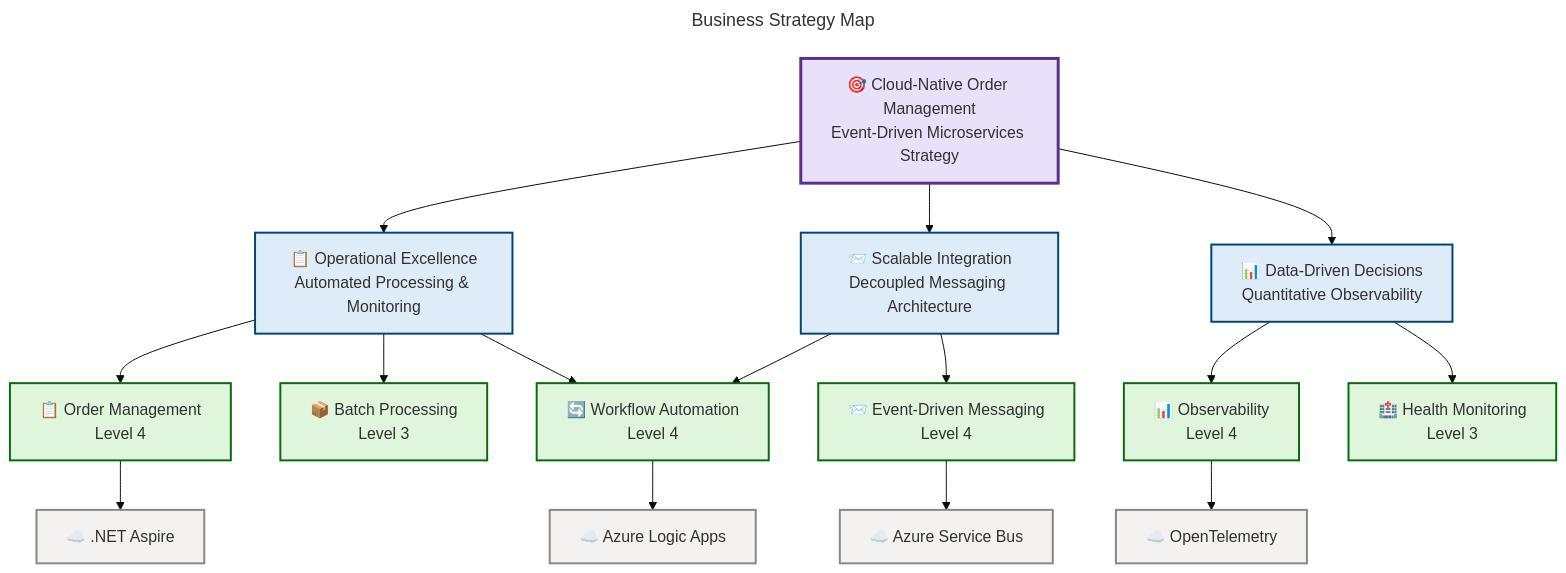
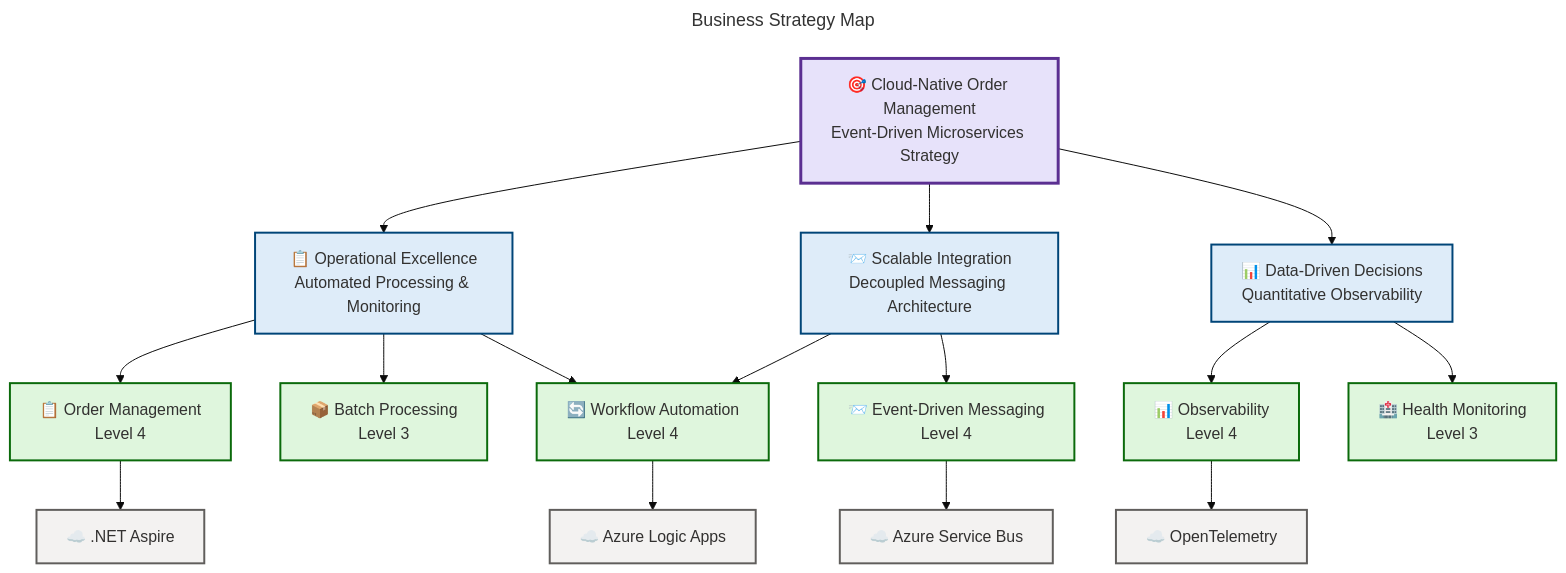
The first of 13 diagrams in docs/architecture/Business-Layer-Architecture.md (Evilazaro/Azure-LogicApps-Monitoring), drawn with Mermaid before and after one commit. The commit also changed other lines of this file and 3 other files, not shown here.

Commit message:
docs: update neutral grey color definitions in architecture diagrams for improved consistency

````diff
--- a/docs/architecture/Business-Layer-Architecture.md
+++ b/docs/architecture/Business-Layer-Architecture.md
@@ -53,63 +53,63 @@
 ```mermaid
 ---
 title: "Business Strategy Map"
 config:
   theme: base
   themeVariables:
     fontSize: '16px'
 ---
 graph TB
     accTitle: Business Strategy Map
     accDescr: Shows strategic alignment from business vision through strategic pillars to enabling capabilities and supporting technologies
 
     %% ═══════════════════════════════════════════════════════════════
     %% AZURE / FLUENT ARCHITECTURE PATTERN v1.1
     %% Generated: 2026-02-18T10:30:00Z
     %% Layer: Business
     %% Components: 12
     %% Semantic classes: 4/5 used (vision, pillar, capability, tech)
     %% ═══════════════════════════════════════════════════════════════
 
     vision["🎯 Cloud-Native Order Management<br/>Event-Driven Microservices Strategy"]
 
     pillar1["📋 Operational Excellence<br/>Automated Processing & Monitoring"]
     pillar2["📨 Scalable Integration<br/>Decoupled Messaging Architecture"]
     pillar3["📊 Data-Driven Decisions<br/>Quantitative Observability"]
 
     cap1["📋 Order Management<br/>Level 4"]
     cap2["📦 Batch Processing<br/>Level 3"]
     cap3["📨 Event-Driven Messaging<br/>Level 4"]
     cap4["🔄 Workflow Automation<br/>Level 4"]
     cap5["📊 Observability<br/>Level 4"]
     cap6["🏥 Health Monitoring<br/>Level 3"]
 
     tech1["☁️ .NET Aspire"]
     tech2["☁️ Azure Service Bus"]
     tech3["☁️ Azure Logic Apps"]
     tech4["☁️ OpenTelemetry"]
 
     vision --> pillar1
     vision --> pillar2
     vision --> pillar3
     pillar1 --> cap1
     pillar1 --> cap2
     pillar1 --> cap4
     pillar2 --> cap3
     pillar2 --> cap4
     pillar3 --> cap5
     pillar3 --> cap6
     cap1 --> tech1
     cap3 --> tech2
     cap4 --> tech3
     cap5 --> tech4
 
     classDef visionStyle fill:#E7E2FA,stroke:#5B2F91,stroke-width:3px,color:#323130
     classDef pillarStyle fill:#DEECF9,stroke:#004578,stroke-width:2px,color:#323130
     classDef capStyle fill:#DFF6DD,stroke:#0B6A0B,stroke-width:2px,color:#323130
-    classDef techStyle fill:#F3F2F1,stroke:#8A8886,stroke-width:2px,color:#323130
+    classDef techStyle fill:#F3F2F1,stroke:#605E5C,stroke-width:2px,color:#323130
 
     class vision visionStyle
     class pillar1,pillar2,pillar3 pillarStyle
     class cap1,cap2,cap3,cap4,cap5,cap6 capStyle
     class tech1,tech2,tech3,tech4 techStyle
 ```
````
